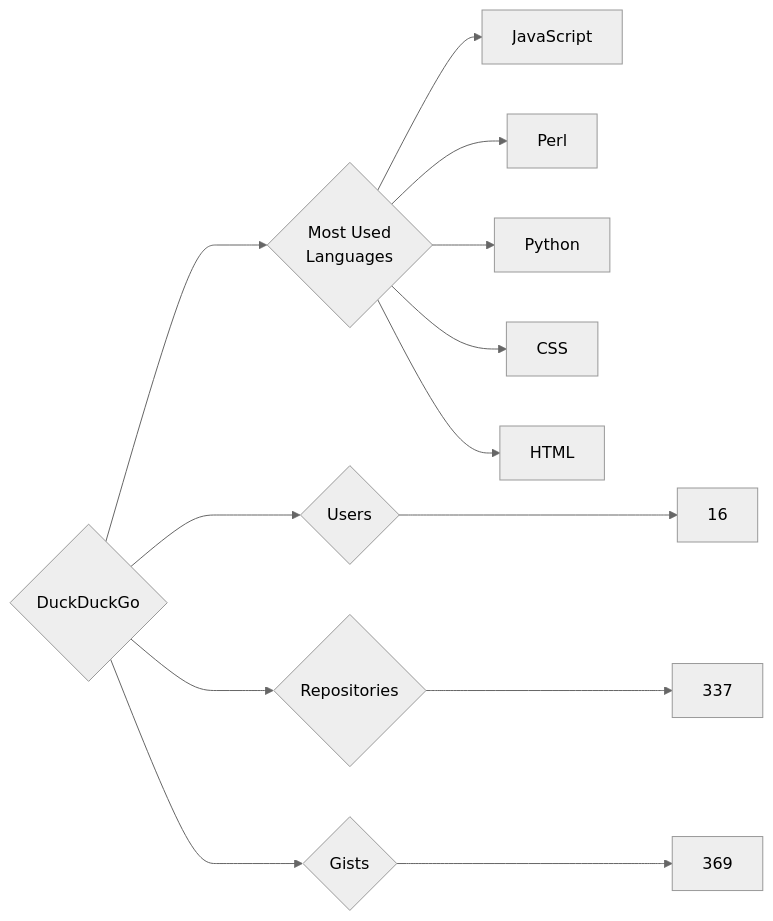
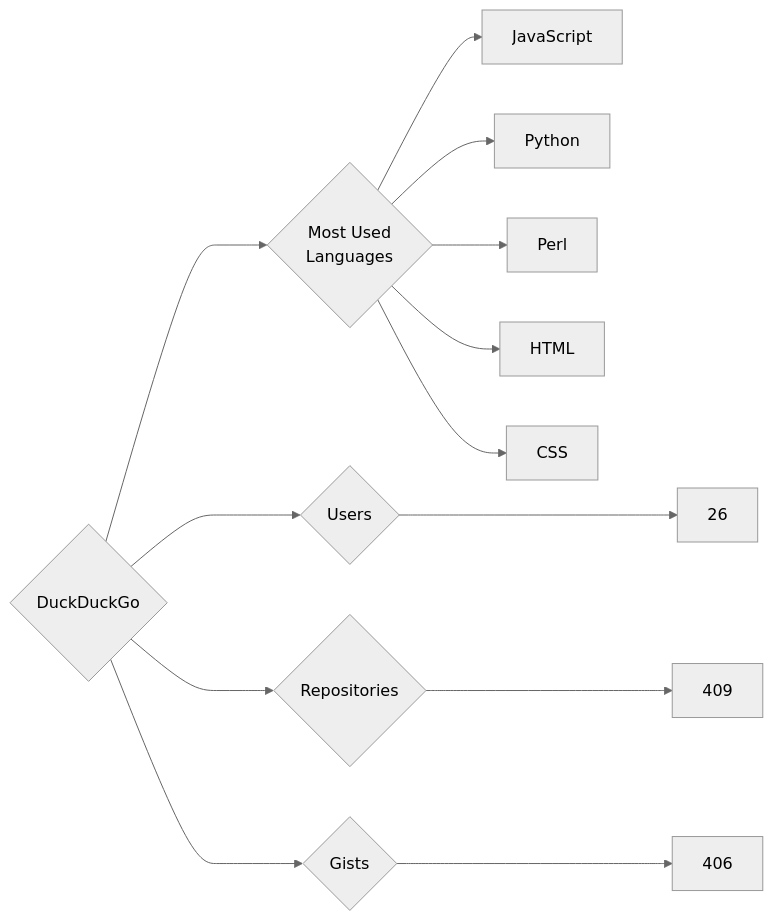
The diagram in targets/DuckDuckGo/README.md (trickest/insiders), drawn with Mermaid (neutral theme) before and after one commit. The commit also changed 914 other files, not shown here.

````diff
--- a/targets/DuckDuckGo/README.md
+++ b/targets/DuckDuckGo/README.md
@@ -3,13 +3,13 @@
 ```mermaid
 graph LR
 COMPANY_NAME{DuckDuckGo}
-COMPANY_NAME ---> U{Users} ---> UN[16]
-COMPANY_NAME ---> R{Repositories} ---> RN[337]
-COMPANY_NAME ---> G{Gists} ---> GN[369]
+COMPANY_NAME ---> U{Users} ---> UN[26]
+COMPANY_NAME ---> R{Repositories} ---> RN[409]
+COMPANY_NAME ---> G{Gists} ---> GN[406]
 COMPANY_NAME ---> ML{Most Used<br>Languages}
 ML --> JavaScript[JavaScript]
+ML --> Python[Python]
 ML --> Perl[Perl]
-ML --> Python[Python]
+ML --> HTML[HTML]
 ML --> CSS[CSS]
-ML --> HTML[HTML]
 ```
````
